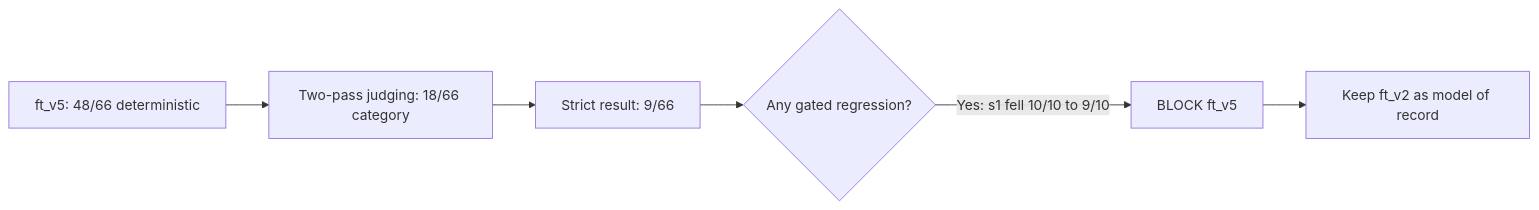
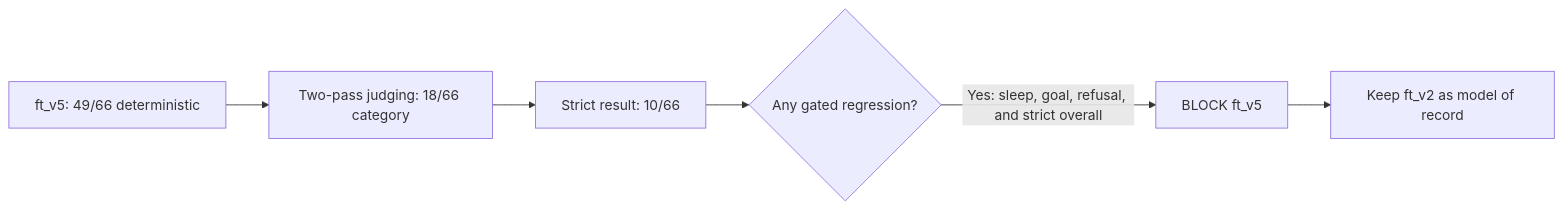
One commit to adidshaft/signalfit-slm changed the diagram in README.md. Above: the diagram before and after it, drawn with Mermaid. The commit also changed other lines of this file and 16 other files, not shown here.

````diff
--- a/README.md
+++ b/README.md
@@ -82,8 +83,8 @@
 ```mermaid
 flowchart LR
-    A["ft_v5: 48/66 deterministic"] --> B["Two-pass judging: 18/66 category"]
-    B --> C["Strict result: 9/66"]
+    A["ft_v5: 49/66 deterministic"] --> B["Two-pass judging: 18/66 category"]
+    B --> C["Strict result: 10/66"]
     C --> D{"Any gated regression?"}
-    D -->|"Yes: s1 fell 10/10 to 9/10"| E["BLOCK ft_v5"]
+    D -->|"Yes: sleep, goal, refusal, and strict overall"| E["BLOCK ft_v5"]
     E --> F["Keep ft_v2 as model of record"]
 ```
````
